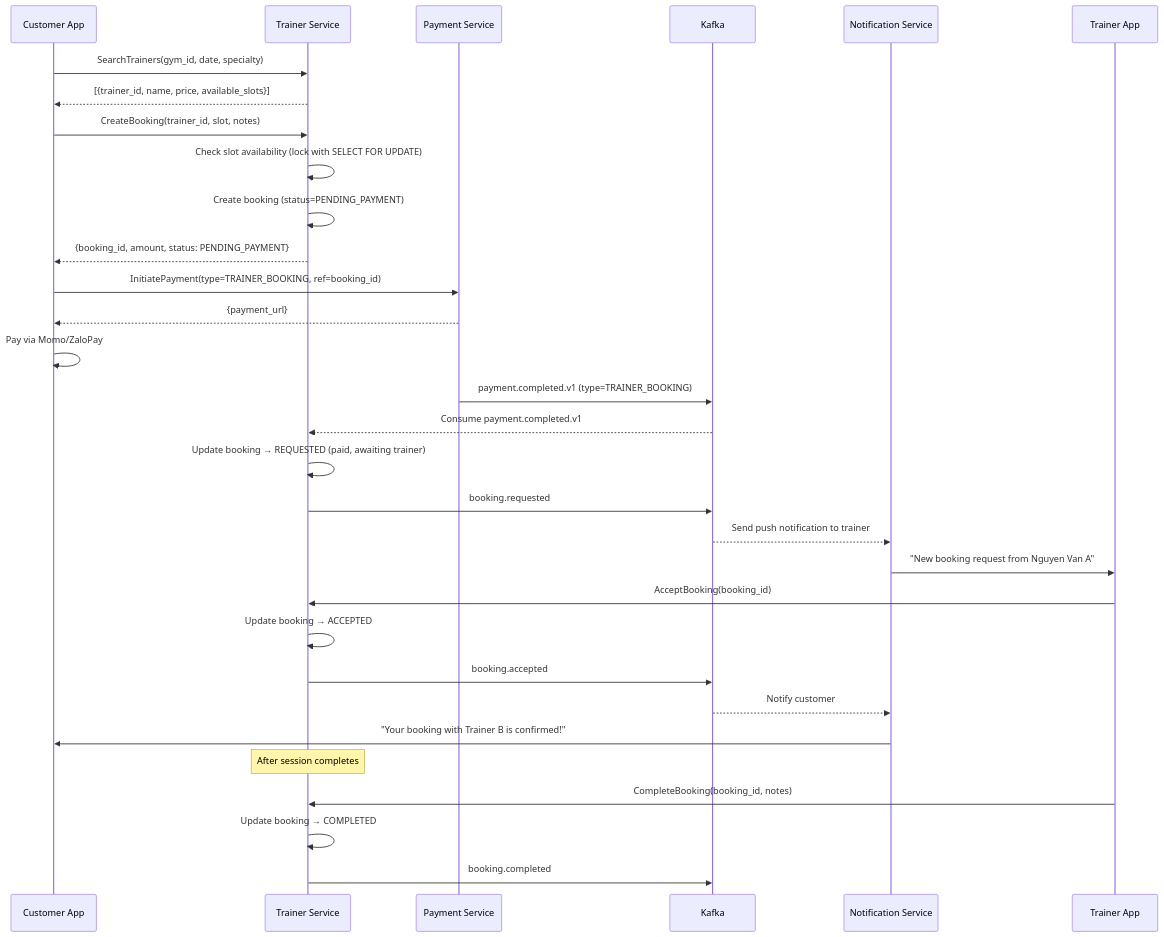
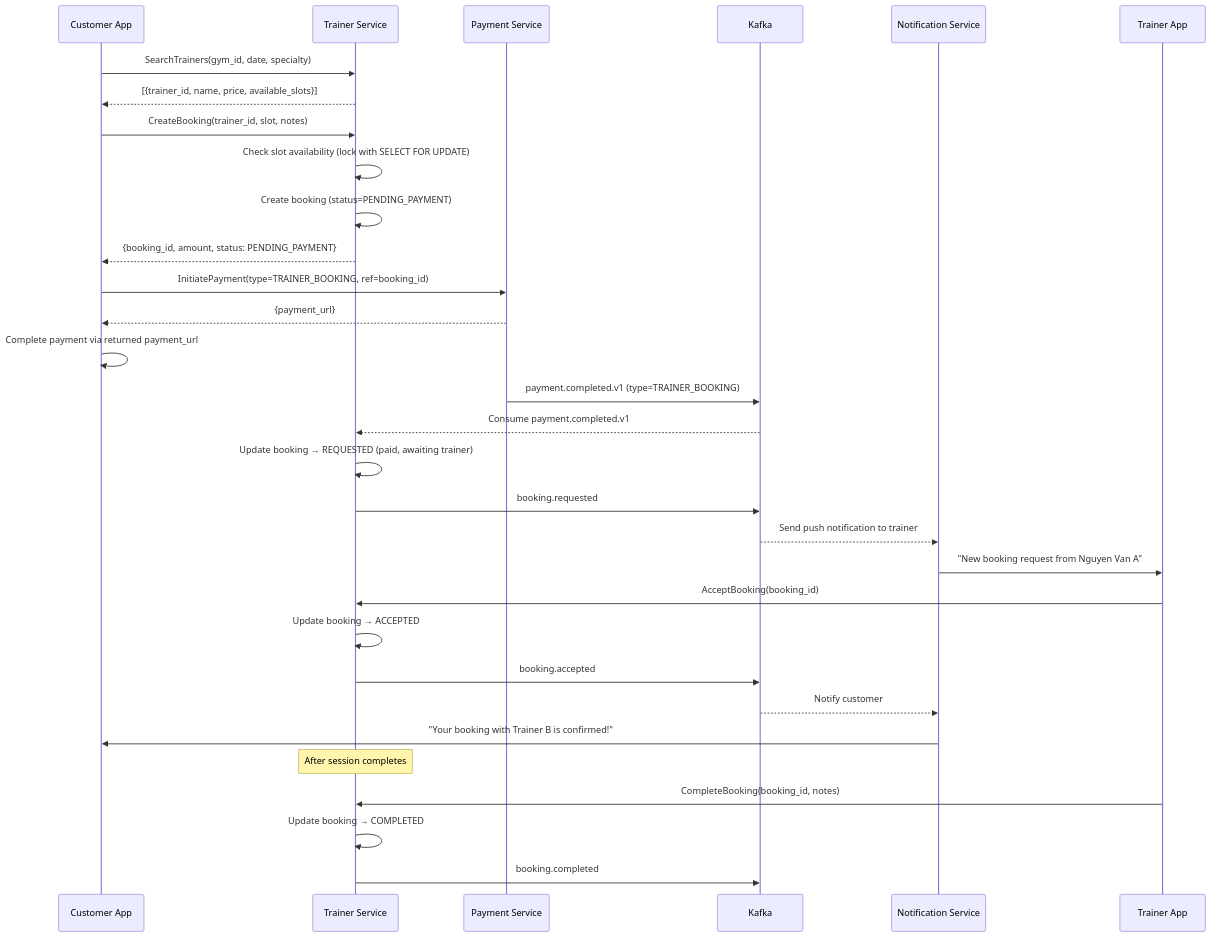
Before and after one commit to pploc/gym-architect: the first of 5 diagrams in services/05-ms-gym-trainer.md, drawn with Mermaid. The commit also changed other lines of this file and 8 other files, not shown here.

````diff
--- a/services/05-ms-gym-trainer.md
+++ b/services/05-ms-gym-trainer.md
@@ -18,41 +18,41 @@
 ```mermaid
 sequenceDiagram
     participant C as Customer App
     participant TS as Trainer Service
     participant PS as Payment Service
     participant KF as Kafka
     participant NS as Notification Service
     participant T as Trainer App
 
     C->>TS: SearchTrainers(gym_id, date, specialty)
     TS-->>C: [{trainer_id, name, price, available_slots}]
 
     C->>TS: CreateBooking(trainer_id, slot, notes)
     TS->>TS: Check slot availability (lock with SELECT FOR UPDATE)
     TS->>TS: Create booking (status=PENDING_PAYMENT)
     TS-->>C: {booking_id, amount, status: PENDING_PAYMENT}
 
     C->>PS: InitiatePayment(type=TRAINER_BOOKING, ref=booking_id)
     PS-->>C: {payment_url}
-    C->>C: Pay via Momo/ZaloPay
+    C->>C: Complete payment via returned payment_url
 
     PS->>KF: payment.completed.v1 (type=TRAINER_BOOKING)
     KF-->>TS: Consume payment.completed.v1
     TS->>TS: Update booking → REQUESTED (paid, awaiting trainer)
     TS->>KF: booking.requested
 
     KF-->>NS: Send push notification to trainer
     NS->>T: "New booking request from Nguyen Van A"
 
     T->>TS: AcceptBooking(booking_id)
     TS->>TS: Update booking → ACCEPTED
     TS->>KF: booking.accepted
 
     KF-->>NS: Notify customer
     NS->>C: "Your booking with Trainer B is confirmed!"
 
     Note over TS: After session completes
     T->>TS: CompleteBooking(booking_id, notes)
     TS->>TS: Update booking → COMPLETED
     TS->>KF: booking.completed
 ```
````
